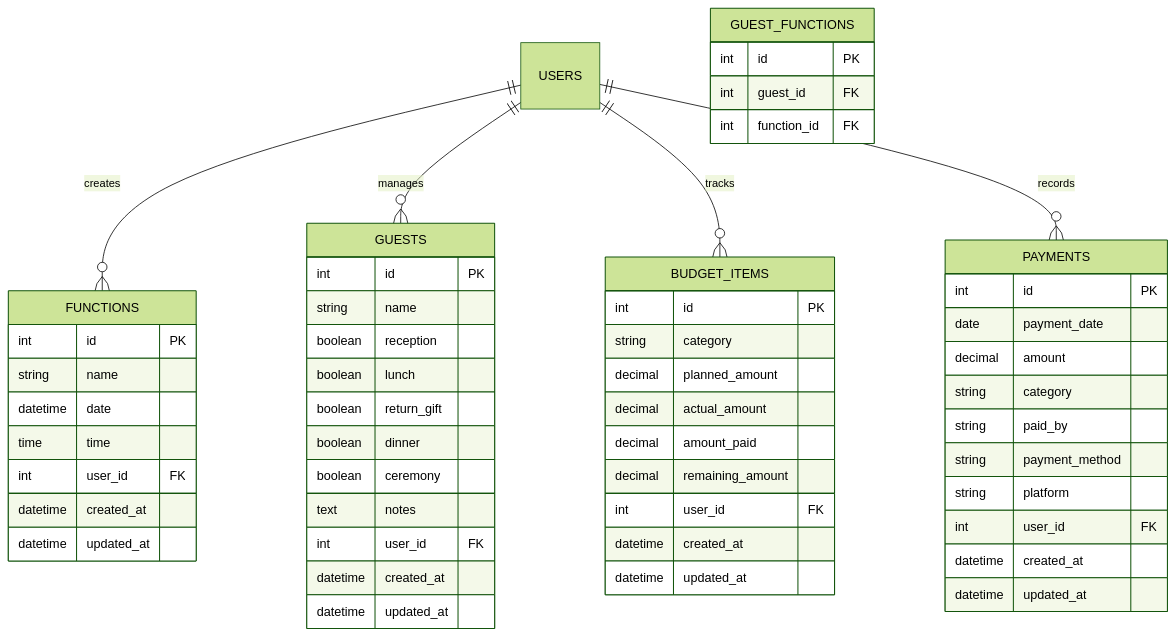
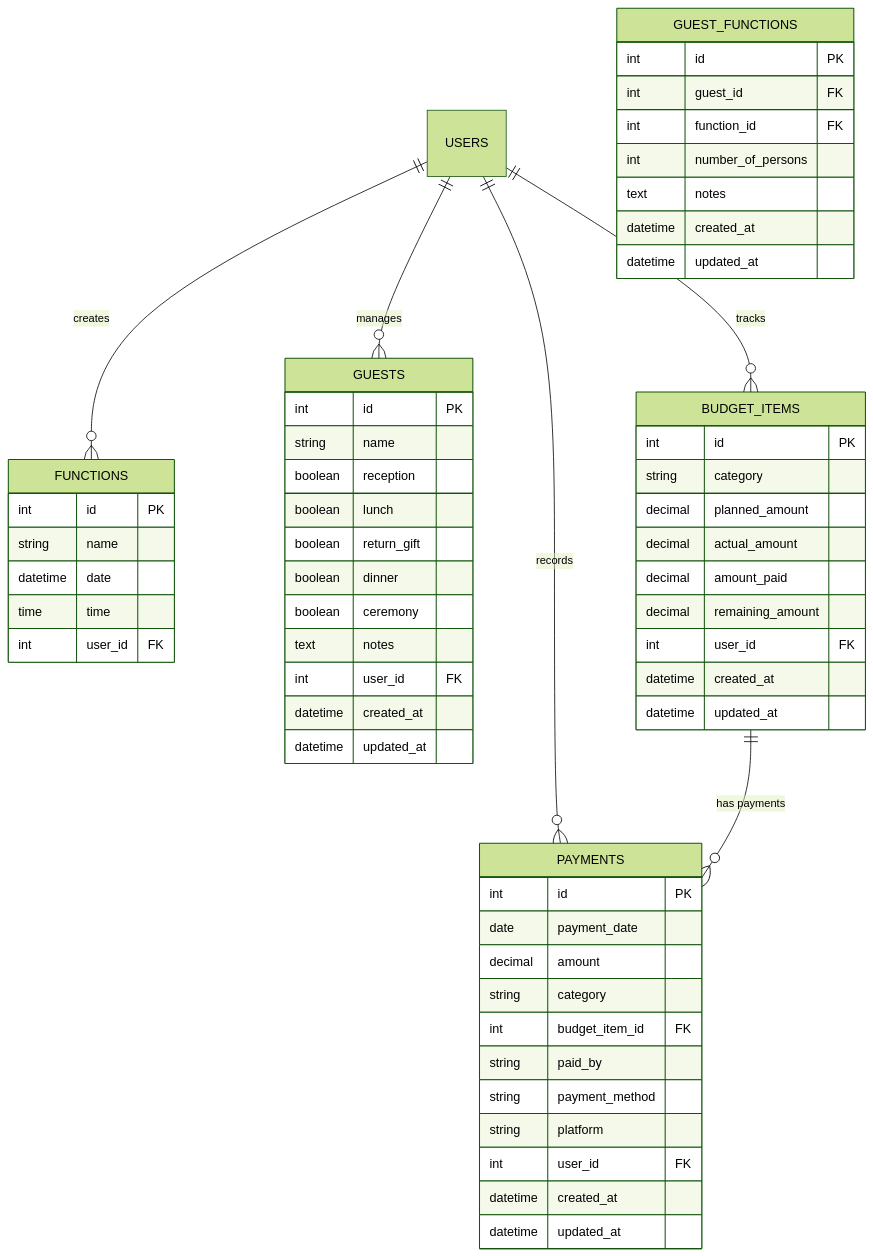
One commit to bansal6498/ShaadiApp changed the third of 8 diagrams in ARCHITECTURE.md. Above: the diagram before and after it, drawn with Mermaid (forest theme). The commit also changed other lines of this file and 2 other files, not shown here.

````diff
--- a/ARCHITECTURE.md
+++ b/ARCHITECTURE.md
@@ -104,62 +106,67 @@
 ```mermaid
 erDiagram
     USERS ||--o{ FUNCTIONS : creates
     USERS ||--o{ GUESTS : manages
     USERS ||--o{ BUDGET_ITEMS : tracks
     USERS ||--o{ PAYMENTS : records
     
     FUNCTIONS {
         int id PK
         string name
         datetime date
         time time
         int user_id FK
-        datetime created_at
-        datetime updated_at
     }
     
     GUESTS {
         int id PK
         string name
         boolean reception
         boolean lunch
         boolean return_gift
         boolean dinner
         boolean ceremony
         text notes
         int user_id FK
         datetime created_at
         datetime updated_at
     }
     
     BUDGET_ITEMS {
         int id PK
         string category
         decimal planned_amount
         decimal actual_amount
         decimal amount_paid
         decimal remaining_amount
         int user_id FK
         datetime created_at
         datetime updated_at
     }
     
     PAYMENTS {
         int id PK
         date payment_date
         decimal amount
         string category
+        int budget_item_id FK
         string paid_by
         string payment_method
         string platform
         int user_id FK
         datetime created_at
         datetime updated_at
     }
     
+    BUDGET_ITEMS ||--o{ PAYMENTS : "has payments"
+    
     GUEST_FUNCTIONS {
         int id PK
         int guest_id FK
         int function_id FK
+        int number_of_persons
+        text notes
+        datetime created_at
+        datetime updated_at
     }
 ```
````
